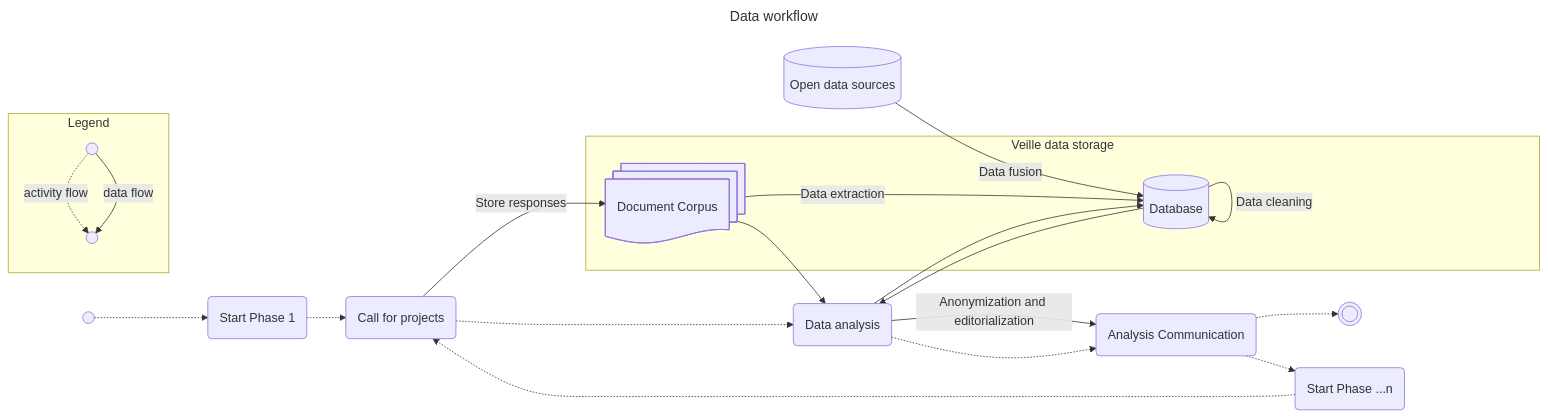
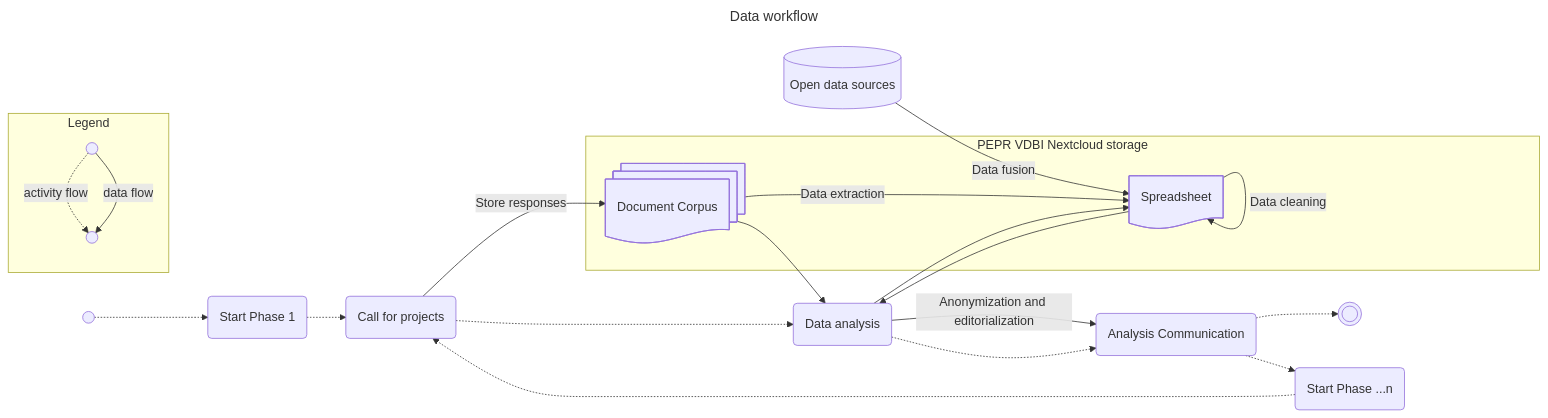
Before and after one commit to VCityTeam/PEPR-VDBI: the first of 2 diagrams in data-visualization/src/index.md, drawn with Mermaid. The commit also changed 3 other files, not shown here.

````diff
--- a/data-visualization/src/index.md
+++ b/data-visualization/src/index.md
@@ -57,33 +57,33 @@
 ```mermaid
 ---
 title: Data workflow
 config:
   theme: default
 ---
 flowchart LR
   Start(( )) -.-> ZZ(Start Phase 1)
   ZZ -.-> Call(Call for projects)
   F[(Open data sources)] -->|Data fusion| DB
+  DA -->|Anonymization and editorialization| AC(Analysis Communication)
   Call -.-> DA(Data analysis)
-  DA -->|Anonymization and editorialization| AC(Analysis Communication)
   DA -.-> AC
   AC -.-> End((( )))
   AC -.-> P(Start Phase ...n)
   P -.-> Call
   Call -->|Store responses| DC
   DC -->|Data extraction| DB
   DB -->|Data cleaning| DB
   DB --> DA
   DA --> DB
   DC --> DA
 
-  subgraph Veille data storage
+  subgraph PEPR VDBI Nextcloud storage
     DC@{ shape: docs, label: "Document Corpus"}
-    DB[(Database)]
-  end
+    DB@{ shape: doc, label: "Spreadsheet"}
+  end 
 
   subgraph Legend
     a(( )) -.->|activity flow| b(( ))
     a(( )) -->|data flow| b(( ))
   end
 ```
````
